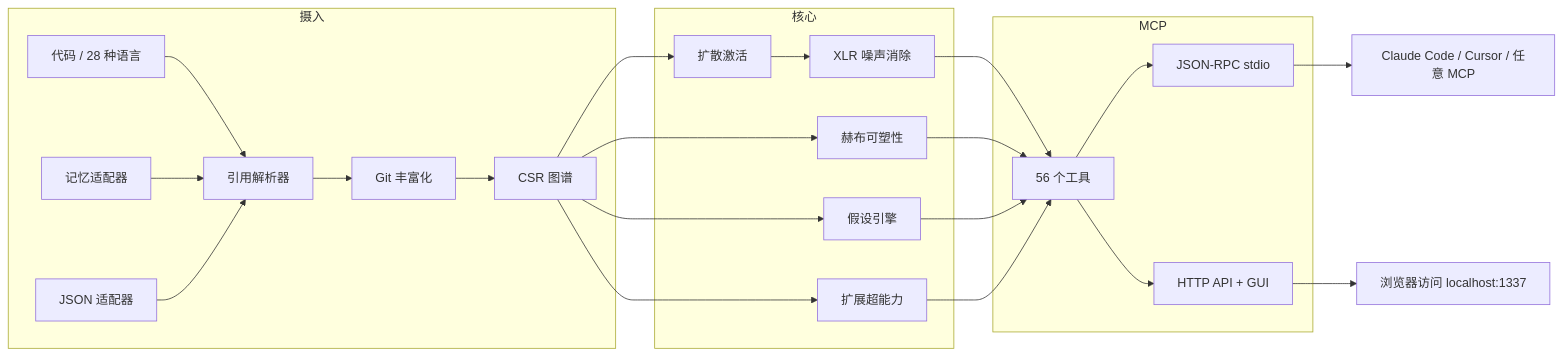
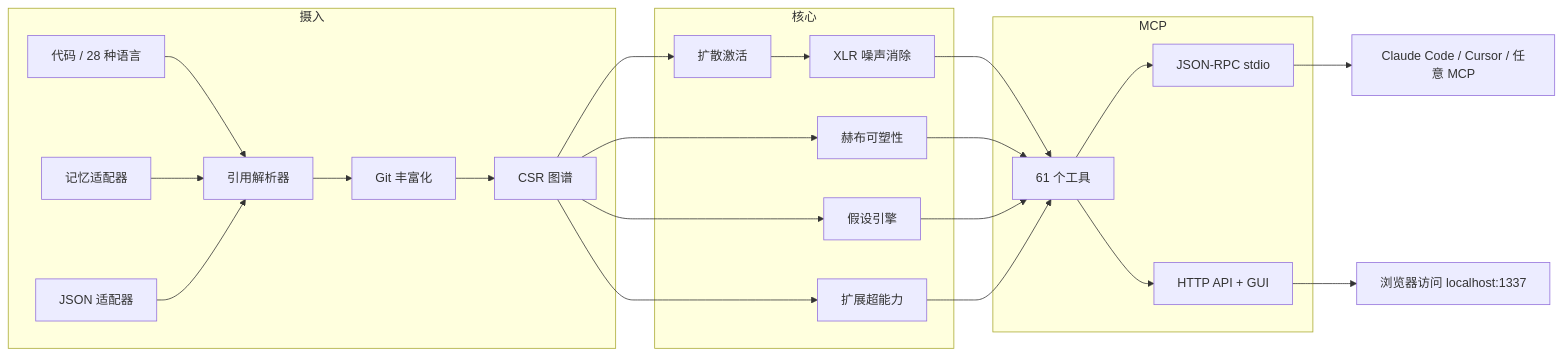
The diagram in README.zh.md (M1nd-Intelligence/m1nd), drawn with Mermaid before and after one commit. The commit also changed other lines of this file and 51 other files, not shown here.

````diff
--- a/README.zh.md
+++ b/README.zh.md
@@ -296,27 +297,27 @@
 ```mermaid
 graph LR
     subgraph 摄入
         A[代码 / 28 种语言] --> R[引用解析器]
         MA[记忆适配器] --> R
         JA[JSON 适配器] --> R
         R --> GD[Git 丰富化]
         GD --> G[CSR 图谱]
     end
     subgraph 核心
         G --> SA[扩散激活]
         G --> HP[赫布可塑性]
         G --> HY[假设引擎]
         G --> SX[扩展超能力]
         SA --> XLR[XLR 噪声消除]
     end
     subgraph MCP
-        XLR --> T[56 个工具]
+        XLR --> T[61 个工具]
         HP --> T
         HY --> T
         SX --> T
         T --> IO[JSON-RPC stdio]
         T --> HTTP[HTTP API + GUI]
     end
     IO --> C[Claude Code / Cursor / 任意 MCP]
     HTTP --> B[浏览器访问 localhost:1337]
 ```
````
